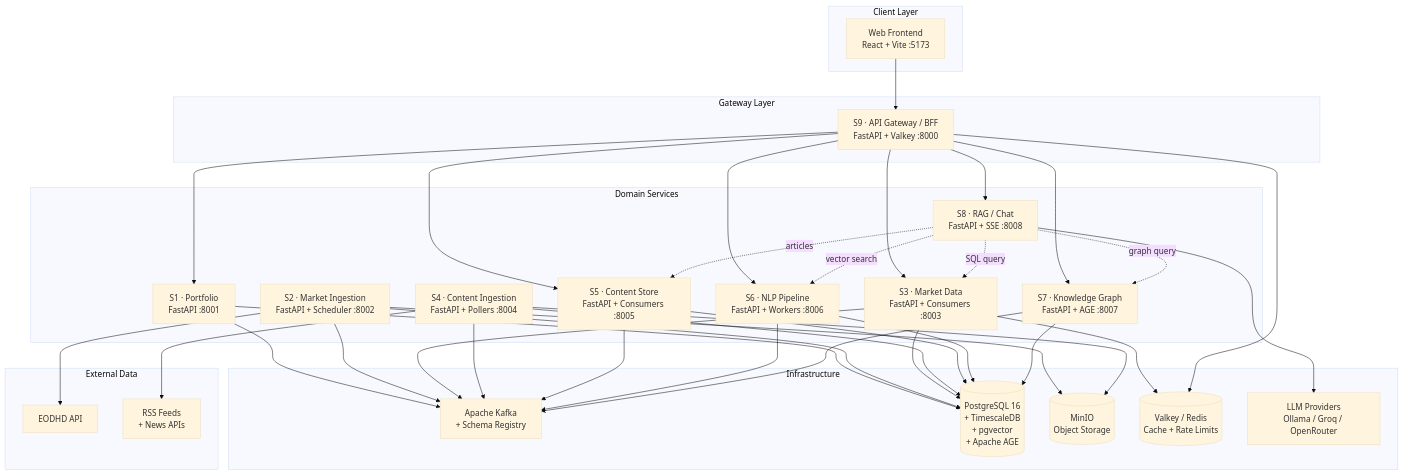
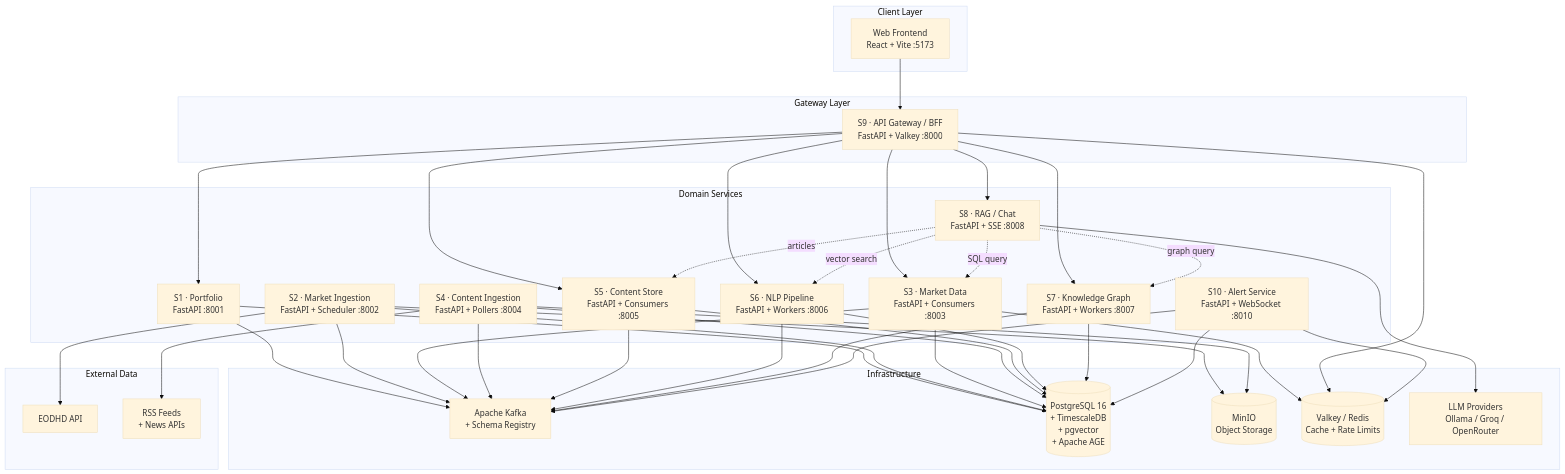
Before and after one commit to arnaurodondev/WorldView: the first of 4 diagrams in docs/MASTER_PLAN.md, drawn with Mermaid (base theme). The commit also changed other lines of this file and 31 other files, not shown here.

````diff
--- a/docs/MASTER_PLAN.md
+++ b/docs/MASTER_PLAN.md
@@ -68,52 +68,53 @@
 ```mermaid
 graph TB
     subgraph "Client Layer"
         UI[Web Frontend<br/>React + Vite :5173]
     end
 
     subgraph "Gateway Layer"
         GW[S9 · API Gateway / BFF<br/>FastAPI + Valkey :8000]
     end
 
     subgraph "Domain Services"
         S1[S1 · Portfolio<br/>FastAPI :8001]
         S2[S2 · Market Ingestion<br/>FastAPI + Scheduler :8002]
         S3[S3 · Market Data<br/>FastAPI + Consumers :8003]
         S4[S4 · Content Ingestion<br/>FastAPI + Pollers :8004]
         S5[S5 · Content Store<br/>FastAPI + Consumers :8005]
         S6[S6 · NLP Pipeline<br/>FastAPI + Workers :8006]
-        S7[S7 · Knowledge Graph<br/>FastAPI + AGE :8007]
+        S7[S7 · Knowledge Graph<br/>FastAPI + Workers :8007]
         S8[S8 · RAG / Chat<br/>FastAPI + SSE :8008]
+        S10[S10 · Alert Service<br/>FastAPI + WebSocket :8010]
     end
 
     subgraph "Infrastructure"
         KAFKA[Apache Kafka<br/>+ Schema Registry]
         PG[(PostgreSQL 16<br/>+ TimescaleDB<br/>+ pgvector<br/>+ Apache AGE)]
         MINIO[(MinIO<br/>Object Storage)]
         VALKEY[(Valkey / Redis<br/>Cache + Rate Limits)]
         LLM_EXT[LLM Providers<br/>Ollama / Groq / OpenRouter]
     end
 
     subgraph "External Data"
         EODHD[EODHD API]
         RSS[RSS Feeds<br/>+ News APIs]
     end
 
     UI --> GW
     GW --> S1 & S3 & S5 & S6 & S7 & S8
 
     S2 --> EODHD
     S4 --> RSS
 
-    S1 & S2 & S3 & S4 & S5 & S6 & S7 --> PG
+    S1 & S2 & S3 & S4 & S5 & S6 & S7 & S10 --> PG
     S2 & S4 --> MINIO
-    S3 & GW --> VALKEY
+    S3 & GW & S10 --> VALKEY
     S8 --> LLM_EXT
 
-    S1 & S2 & S3 & S4 & S5 & S6 & S7 --> KAFKA
+    S1 & S2 & S3 & S4 & S5 & S6 & S7 & S10 --> KAFKA
 
     S8 -.->|vector search| S6
     S8 -.->|graph query| S7
     S8 -.->|SQL query| S3
     S8 -.->|articles| S5
 ```
````
